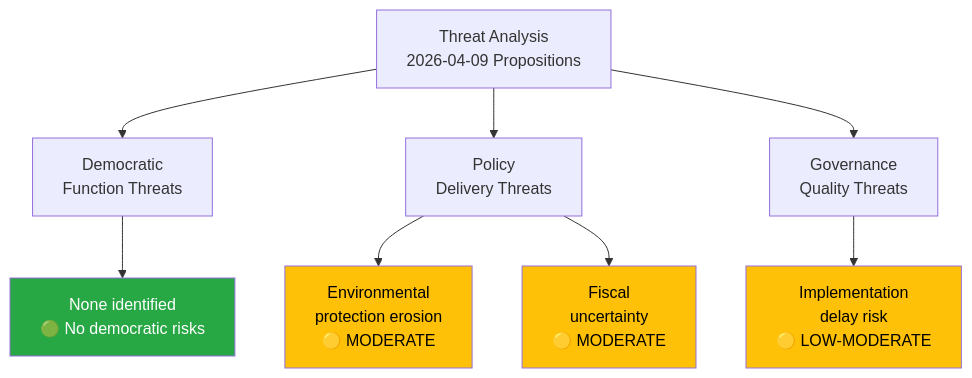
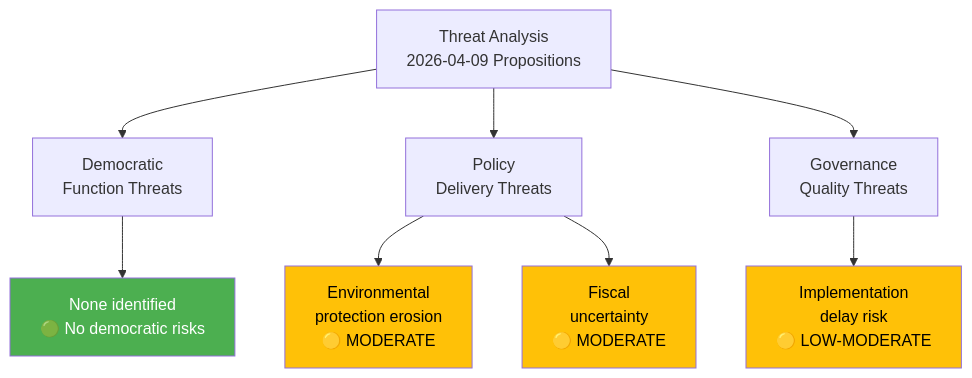
The diagram in analysis/daily/2026-04-09/propositions/threat-analysis.md (Hack23/riksdagsmonitor), drawn with Mermaid before and after one commit. The commit also changed 785 other files, not shown here.

First line of the commit message:
Normalize mermaid colors across 786 analysis artifacts to ISMS Style Guide palette

````diff
--- a/analysis/daily/2026-04-09/propositions/threat-analysis.md
+++ b/analysis/daily/2026-04-09/propositions/threat-analysis.md
@@ -17,14 +17,14 @@
 ```mermaid
 graph TD
     A["Threat Analysis<br/>2026-04-09 Propositions"] --> B["Democratic<br/>Function Threats"]
     A --> C["Policy<br/>Delivery Threats"]
     A --> D["Governance<br/>Quality Threats"]
     B --> B1["None identified<br/>🟢 No democratic risks"]
     C --> C1["Environmental<br/>protection erosion<br/>🟡 MODERATE"]
     C --> C2["Fiscal<br/>uncertainty<br/>🟡 MODERATE"]
     D --> D1["Implementation<br/>delay risk<br/>🟡 LOW-MODERATE"]
-    style B1 fill:#28a745,color:#fff
-    style C1 fill:#ffc107,color:#000
-    style C2 fill:#ffc107,color:#000
-    style D1 fill:#ffc107,color:#000
+    style B1 fill:#4CAF50,color:#FFFFFF
+    style C1 fill:#FFC107,color:#000000
+    style C2 fill:#FFC107,color:#000000
+    style D1 fill:#FFC107,color:#000000
 ```
````
